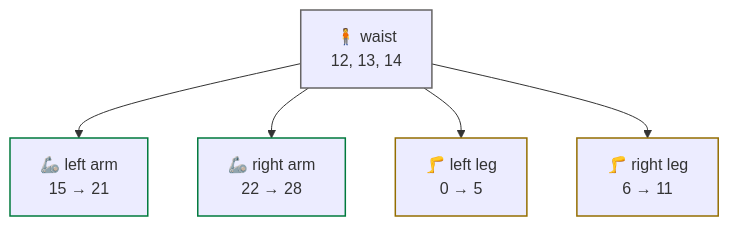
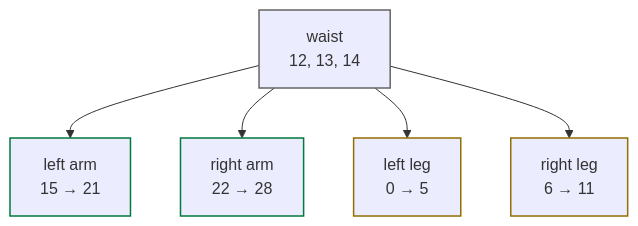
The diagram in docs/reference/joints.md (cagataycali/neon-the-g1), drawn with Mermaid before and after one commit. The commit also changed other lines of this file and 22 other files, not shown here.

````diff
--- a/docs/reference/joints.md
+++ b/docs/reference/joints.md
@@ -11,20 +11,20 @@
 ```mermaid
 flowchart TB
-  T["🧍 waist<br/>12, 13, 14"]
-  LA["🦾 left arm<br/>15 → 21"]
-  RA["🦾 right arm<br/>22 → 28"]
-  LL["🦵 left leg<br/>0 → 5"]
-  RL["🦵 right leg<br/>6 → 11"]
+  T["waist<br/>12, 13, 14"]
+  LA["left arm<br/>15 → 21"]
+  RA["right arm<br/>22 → 28"]
+  LL["left leg<br/>0 → 5"]
+  RL["right leg<br/>6 → 11"]
 
   T --> LA
   T --> RA
   T --> LL
   T --> RL
 
   classDef core stroke:#666464,stroke-width:1.5px
   classDef arm stroke:#007a3d,stroke-width:1.5px
   classDef leg stroke:#946e00,stroke-width:1.5px
   class T core
   class LA,RA arm
   class LL,RL leg
 ```
````
